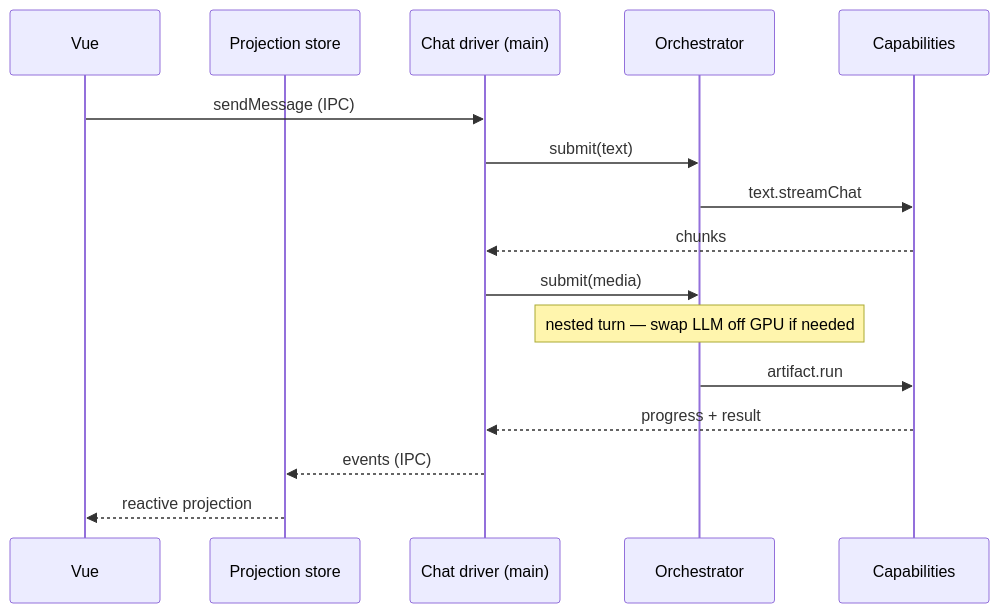
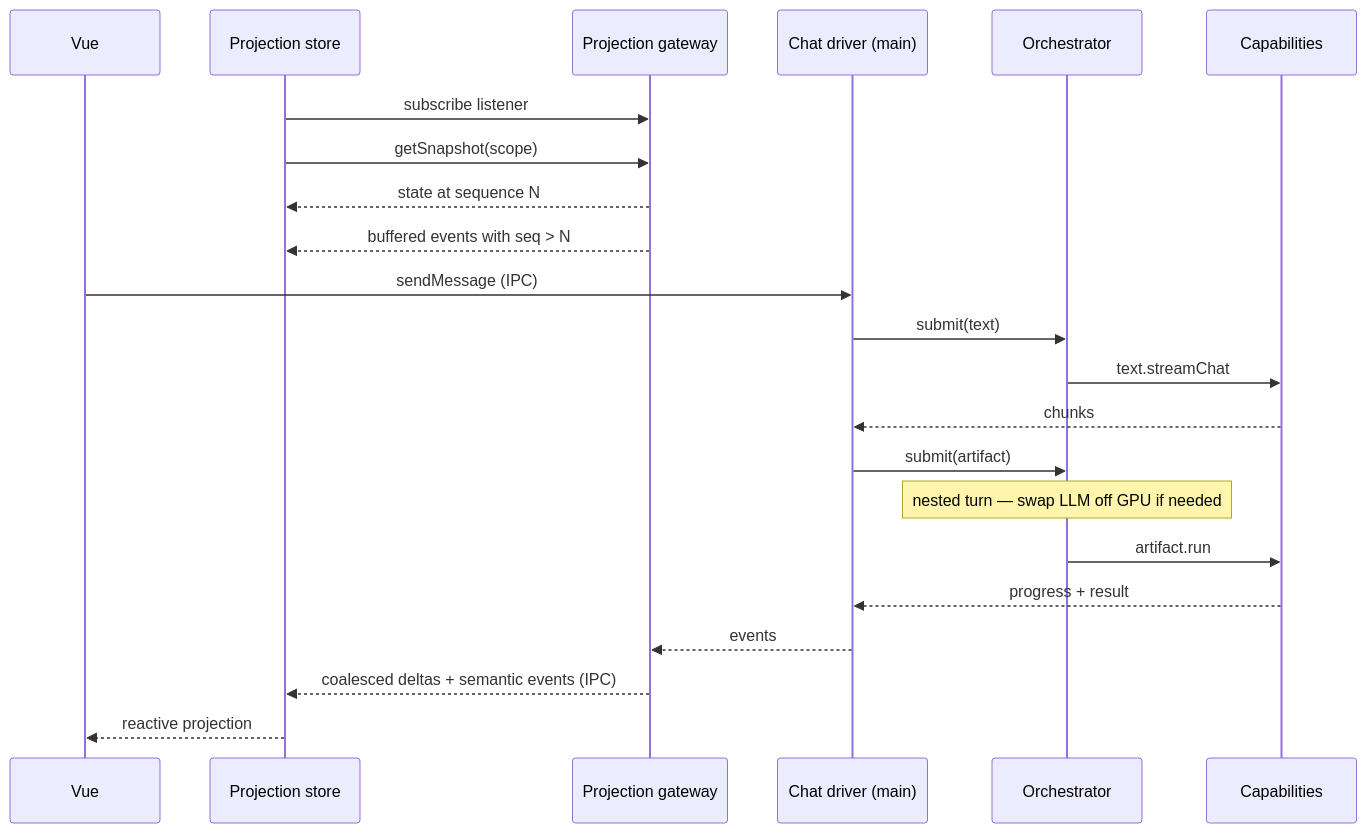
One commit to TNG/AI-Playground changed the fifth of 6 diagrams in docs/architecture-target.md. Above: the diagram before and after it, drawn with Mermaid. The commit also changed other lines of this file and 1 other file, not shown here.

Commit message:
docs: close target architecture review gaps

````diff
--- a/docs/architecture-target.md
+++ b/docs/architecture-target.md
@@ -624,18 +732,24 @@
 ```mermaid
 sequenceDiagram
   participant V as Vue
   participant P as Projection store
+  participant G as Projection gateway
   participant M as Chat driver (main)
   participant O as Orchestrator
   participant K as Capabilities
+  P->>G: subscribe listener
+  P->>G: getSnapshot(scope)
+  G-->>P: state at sequence N
+  G-->>P: buffered events with seq > N
   V->>M: sendMessage (IPC)
   M->>O: submit(text)
   O->>K: text.streamChat
   K-->>M: chunks
-  M->>O: submit(media)
+  M->>O: submit(artifact)
   Note over O: nested turn — swap LLM off GPU if needed
   O->>K: artifact.run
   K-->>M: progress + result
-  M-->>P: events (IPC)
+  M-->>G: events
+  G-->>P: coalesced deltas + semantic events (IPC)
   P-->>V: reactive projection
 ```
````
